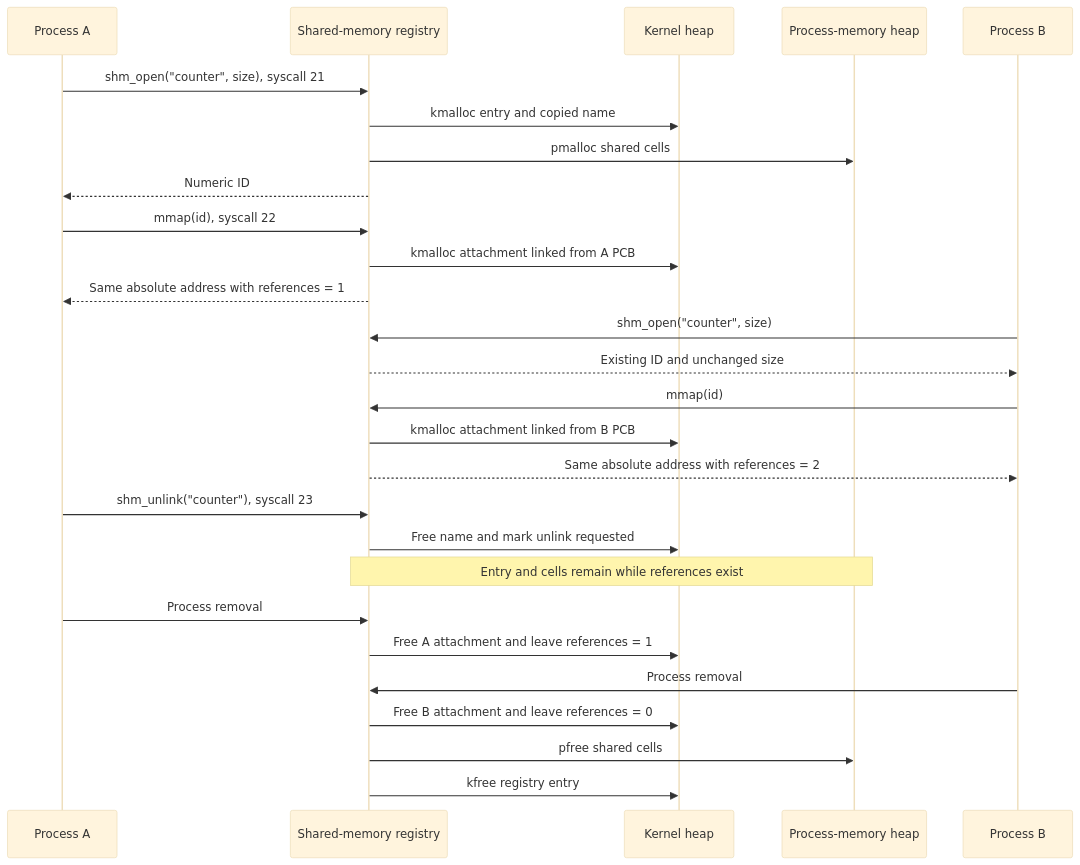
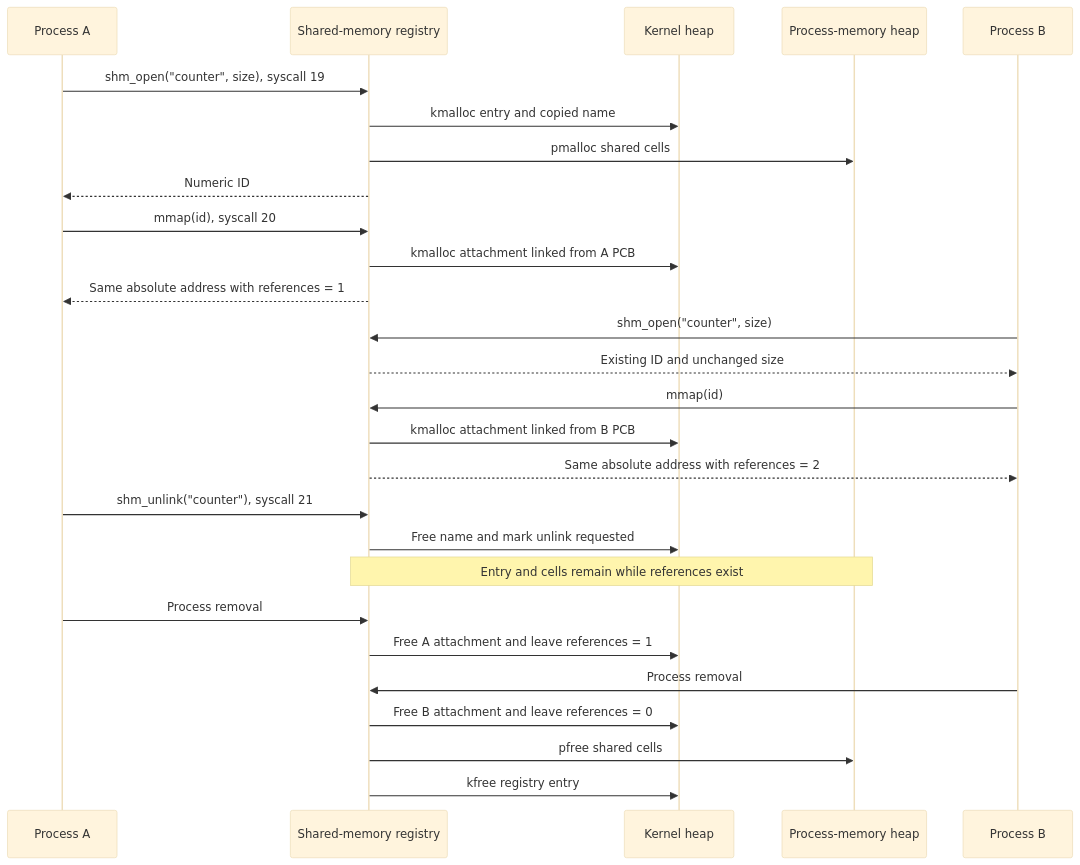
Diagram 20 of 30 in README.md (matthejue/Pico-OS), drawn with Mermaid (base theme) before and after one commit. The commit also changed other lines of this file and 8 other files, not shown here.

````diff
--- a/README.md
+++ b/README.md
@@ -2692,30 +2689,30 @@
 ```mermaid
 sequenceDiagram
     participant A as Process A
     participant K as Shared-memory registry
     participant KH as Kernel heap
     participant PM as Process-memory heap
     participant B as Process B
 
-    A->>K: shm_open("counter", size), syscall 21
+    A->>K: shm_open("counter", size), syscall 19
     K->>KH: kmalloc entry and copied name
     K->>PM: pmalloc shared cells
     K-->>A: Numeric ID
-    A->>K: mmap(id), syscall 22
+    A->>K: mmap(id), syscall 20
     K->>KH: kmalloc attachment linked from A PCB
     K-->>A: Same absolute address with references = 1
     B->>K: shm_open("counter", size)
     K-->>B: Existing ID and unchanged size
     B->>K: mmap(id)
     K->>KH: kmalloc attachment linked from B PCB
     K-->>B: Same absolute address with references = 2
-    A->>K: shm_unlink("counter"), syscall 23
+    A->>K: shm_unlink("counter"), syscall 21
     K->>KH: Free name and mark unlink requested
     Note over K,PM: Entry and cells remain while references exist
     A->>K: Process removal
     K->>KH: Free A attachment and leave references = 1
     B->>K: Process removal
     K->>KH: Free B attachment and leave references = 0
     K->>PM: pfree shared cells
     K->>KH: kfree registry entry
 ```
````
